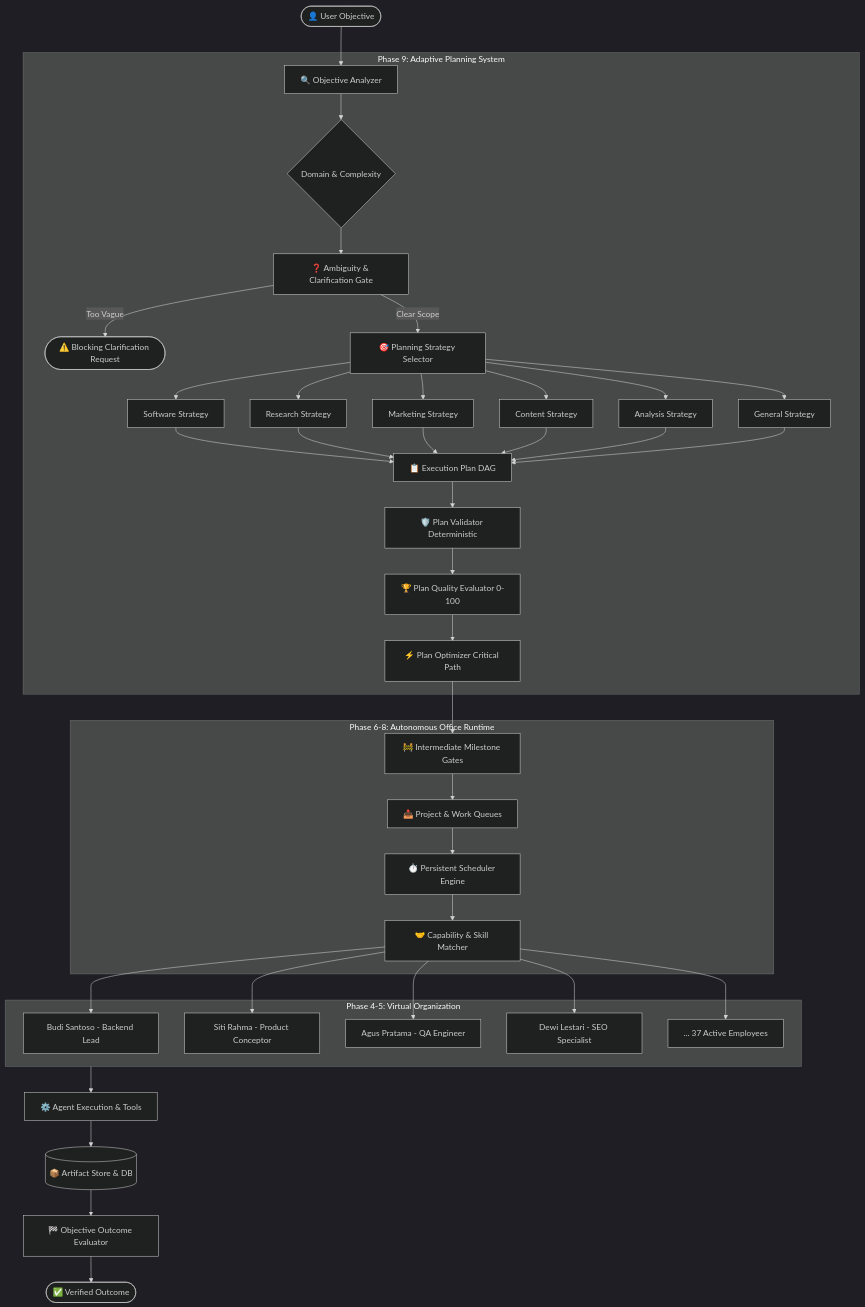
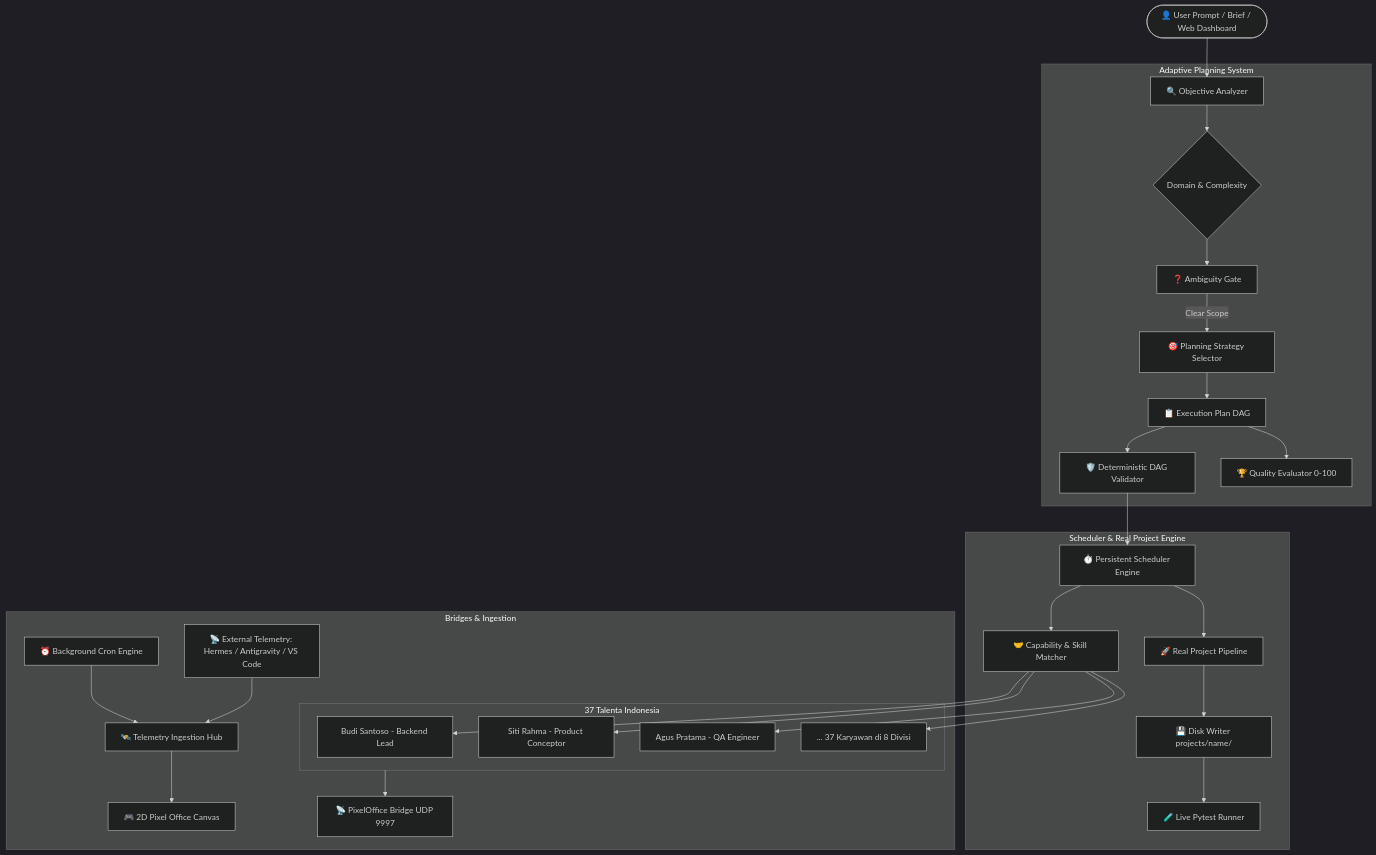
One commit to AarsyDesign/Aether-Office changed the diagram in README.md. Above: the diagram before and after it, drawn with Mermaid (dark theme). The commit also changed other lines of this file and 3 other files, not shown here.

Commit message:
docs: update README with 1-click & npm quickstart, 2D pixel canvas docs; add package.json & setup.bat

````diff
--- a/README.md
+++ b/README.md
@@ -30,43 +130,35 @@
 ```mermaid
 flowchart TD
-    User([👤 User Objective]) --> Analyzer[🔍 Objective Analyzer]
+    User([👤 User Prompt / Brief / Web Dashboard]) --> Analyzer[🔍 Objective Analyzer]
     
-    subgraph Planning_Intelligence [Phase 9: Adaptive Planning System]
+    subgraph Planning_Intelligence [Adaptive Planning System]
         Analyzer --> Classifier{Domain & Complexity}
-        Classifier --> AmbiguityCheck[❓ Ambiguity & Clarification Gate]
-        AmbiguityCheck -->|Too Vague| ClarifyReq([⚠️ Blocking Clarification Request])
+        Classifier --> AmbiguityCheck[❓ Ambiguity Gate]
         AmbiguityCheck -->|Clear Scope| StrategySelector[🎯 Planning Strategy Selector]
-        
-        StrategySelector --> StratSW[Software Strategy]
-        StrategySelector --> StratRes[Research Strategy]
-        StrategySelector --> StratMkt[Marketing Strategy]
-        StrategySelector --> StratCnt[Content Strategy]
-        StrategySelector --> StratAnl[Analysis Strategy]
-        StrategySelector --> StratGen[General Strategy]
-        
-        StratSW & StratRes & StratMkt & StratCnt & StratAnl & StratGen --> PlanGen[📋 Execution Plan DAG]
-        PlanGen --> Validator[🛡️ Plan Validator Deterministic]
-        Validator --> Evaluator[🏆 Plan Quality Evaluator 0-100]
-        Evaluator --> Optimizer[⚡ Plan Optimizer Critical Path]
+        StrategySelector --> PlanGen[📋 Execution Plan DAG]
+        PlanGen --> Validator[🛡️ Deterministic DAG Validator]
+        PlanGen --> Evaluator[🏆 Quality Evaluator 0-100]
     end
 
-    subgraph Runtime_Operations [Phase 6-8: Autonomous Office Runtime]
-        Optimizer --> Gate[🚧 Intermediate Milestone Gates]
-        Gate --> Queue[📥 Project & Work Queues]
-        Queue --> Scheduler[⏱️ Persistent Scheduler Engine]
+    subgraph Runtime_Operations [Scheduler & Real Project Engine]
+        Validator --> Scheduler[⏱️ Persistent Scheduler Engine]
         Scheduler --> Matcher[🤝 Capability & Skill Matcher]
+        Scheduler --> CodePipeline[🚀 Real Project Pipeline]
+        CodePipeline --> DiskWriter[💾 Disk Writer projects/name/]
+        DiskWriter --> PytestRunner[🧪 Live Pytest Runner]
     end
 
-    subgraph Workforce_Pool [Phase 4-5: Virtual Organization]
+    subgraph Workforce_Pool [37 Talenta Indonesia]
         Matcher --> Emp1[Budi Santoso - Backend Lead]
         Matcher --> Emp2[Siti Rahma - Product Conceptor]
         Matcher --> Emp3[Agus Pratama - QA Engineer]
-        Matcher --> Emp4[Dewi Lestari - SEO Specialist]
-        Matcher --> Emp37[... 37 Active Employees]
+        Matcher --> Emp37[... 37 Karyawan di 8 Divisi]
     end
 
-    Workforce_Pool --> Exec[⚙️ Agent Execution & Tools]
-    Exec --> Artifacts[(📦 Artifact Store & DB)]
-    Artifacts --> OutcomeEval[🏁 Objective Outcome Evaluator]
-    OutcomeEval --> Done([✅ Verified Outcome])
+    subgraph External_Bridges [Bridges & Ingestion]
+        Telemetry[📡 External Telemetry: Hermes / Antigravity / VS Code] --> Hub[🛰️ Telemetry Ingestion Hub]
+        Cron[⏰ Background Cron Engine] --> Hub
+        Hub --> VisualOffice[🎮 2D Pixel Office Canvas]
+        Workforce_Pool --> PixelBridge[📡 PixelOffice Bridge UDP 9997]
+    end
 ```
````
